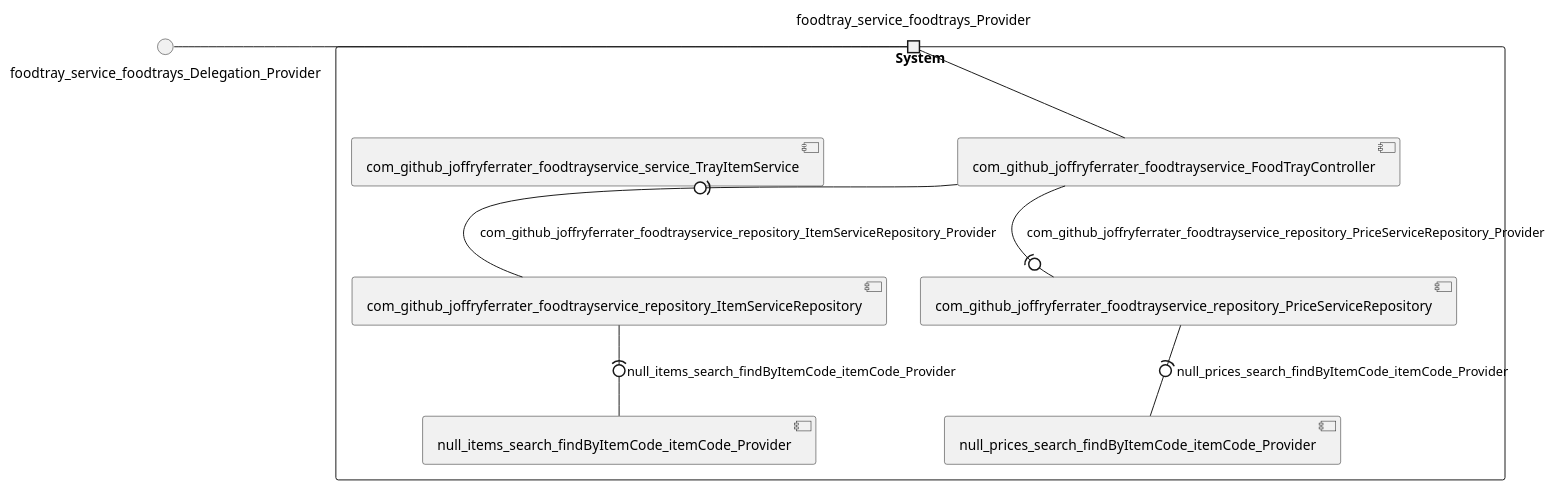
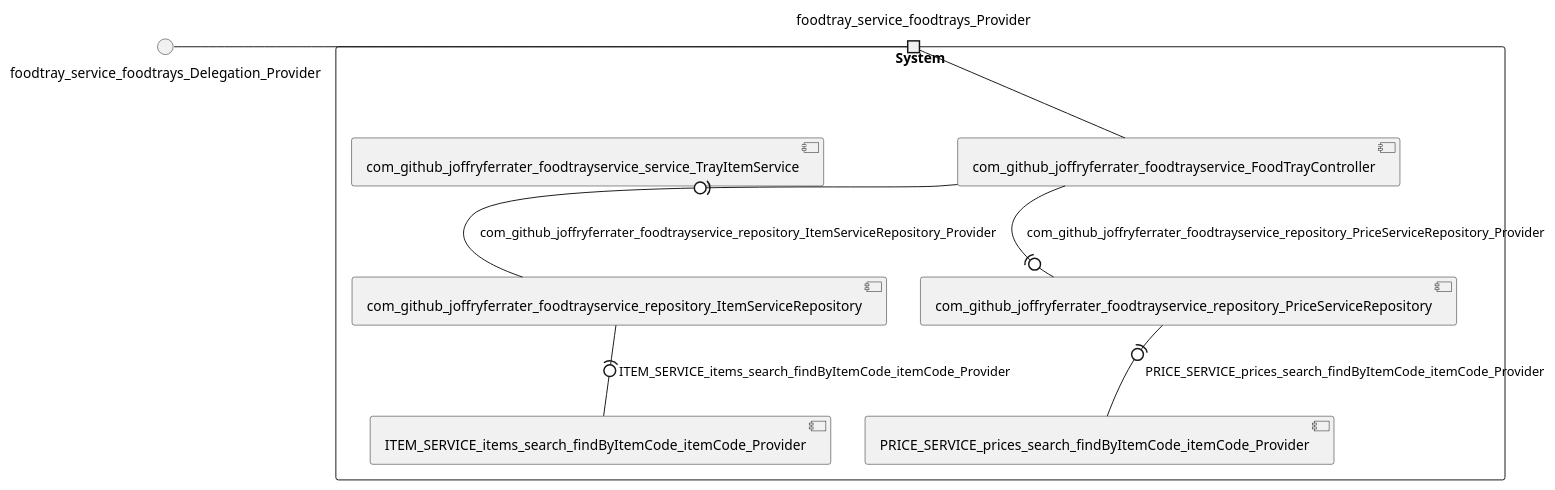
The diagram in jferrater-tap-and-eat-microservices/model_re/uml/systemDiagram.puml (View-Based-Reverse-Engineering/Retriever-Benchmark), drawn with PlantUML before and after one commit. The commit also changed 337 other files, not shown here.

```diff
--- a/jferrater-tap-and-eat-microservices/model_re/uml/systemDiagram.puml
+++ b/jferrater-tap-and-eat-microservices/model_re/uml/systemDiagram.puml
@@ -1,21 +1,21 @@
 @startuml
 skinparam fixCircleLabelOverlapping true
 skinparam componentStyle uml2
 () foodtray_service_foodtrays_Delegation_Provider
 rectangle System {
-[com_github_joffryferrater_foodtrayservice_FoodTrayController] [[jferrater-tap-and-eat-microservices.repository#_UAa_hsBFEe6R_Pe_V9rdYg]]
-[com_github_joffryferrater_foodtrayservice_repository_ItemServiceRepository] [[jferrater-tap-and-eat-microservices.repository#_UAa_hsBFEe6R_Pe_V9rdYg]]
-[com_github_joffryferrater_foodtrayservice_repository_PriceServiceRepository] [[jferrater-tap-and-eat-microservices.repository#_UAa_hsBFEe6R_Pe_V9rdYg]]
-[com_github_joffryferrater_foodtrayservice_service_TrayItemService] [[jferrater-tap-and-eat-microservices.repository#_UAa_hsBFEe6R_Pe_V9rdYg]]
-[null_items_search_findByItemCode_itemCode_Provider] [[jferrater-tap-and-eat-microservices.repository#_UAa_hsBFEe6R_Pe_V9rdYg]]
-[null_prices_search_findByItemCode_itemCode_Provider] [[jferrater-tap-and-eat-microservices.repository#_UAa_hsBFEe6R_Pe_V9rdYg]]
+[ITEM_SERVICE_items_search_findByItemCode_itemCode_Provider] [[jferrater-tap-and-eat-microservices.repository#_o5-4tjeAEe-NhtBZKbmtFA]]
+[PRICE_SERVICE_prices_search_findByItemCode_itemCode_Provider] [[jferrater-tap-and-eat-microservices.repository#_o5-4tjeAEe-NhtBZKbmtFA]]
+[com_github_joffryferrater_foodtrayservice_FoodTrayController] [[jferrater-tap-and-eat-microservices.repository#_o5-4tjeAEe-NhtBZKbmtFA]]
+[com_github_joffryferrater_foodtrayservice_repository_ItemServiceRepository] [[jferrater-tap-and-eat-microservices.repository#_o5-4tjeAEe-NhtBZKbmtFA]]
+[com_github_joffryferrater_foodtrayservice_repository_PriceServiceRepository] [[jferrater-tap-and-eat-microservices.repository#_o5-4tjeAEe-NhtBZKbmtFA]]
+[com_github_joffryferrater_foodtrayservice_service_TrayItemService] [[jferrater-tap-and-eat-microservices.repository#_o5-4tjeAEe-NhtBZKbmtFA]]
+[com_github_joffryferrater_foodtrayservice_repository_ItemServiceRepository] -(0- [ITEM_SERVICE_items_search_findByItemCode_itemCode_Provider] : ITEM_SERVICE_items_search_findByItemCode_itemCode_Provider
+[com_github_joffryferrater_foodtrayservice_repository_PriceServiceRepository] -(0- [PRICE_SERVICE_prices_search_findByItemCode_itemCode_Provider] : PRICE_SERVICE_prices_search_findByItemCode_itemCode_Provider
 [com_github_joffryferrater_foodtrayservice_FoodTrayController] -(0- [com_github_joffryferrater_foodtrayservice_repository_ItemServiceRepository] : com_github_joffryferrater_foodtrayservice_repository_ItemServiceRepository_Provider
 [com_github_joffryferrater_foodtrayservice_FoodTrayController] -(0- [com_github_joffryferrater_foodtrayservice_repository_PriceServiceRepository] : com_github_joffryferrater_foodtrayservice_repository_PriceServiceRepository_Provider
 port foodtray_service_foodtrays_Provider
 foodtray_service_foodtrays_Delegation_Provider - foodtray_service_foodtrays_Provider
 foodtray_service_foodtrays_Provider - [com_github_joffryferrater_foodtrayservice_FoodTrayController]
-[com_github_joffryferrater_foodtrayservice_repository_ItemServiceRepository] -(0- [null_items_search_findByItemCode_itemCode_Provider] : null_items_search_findByItemCode_itemCode_Provider
-[com_github_joffryferrater_foodtrayservice_repository_PriceServiceRepository] -(0- [null_prices_search_findByItemCode_itemCode_Provider] : null_prices_search_findByItemCode_itemCode_Provider
 }
 
 @enduml
```
